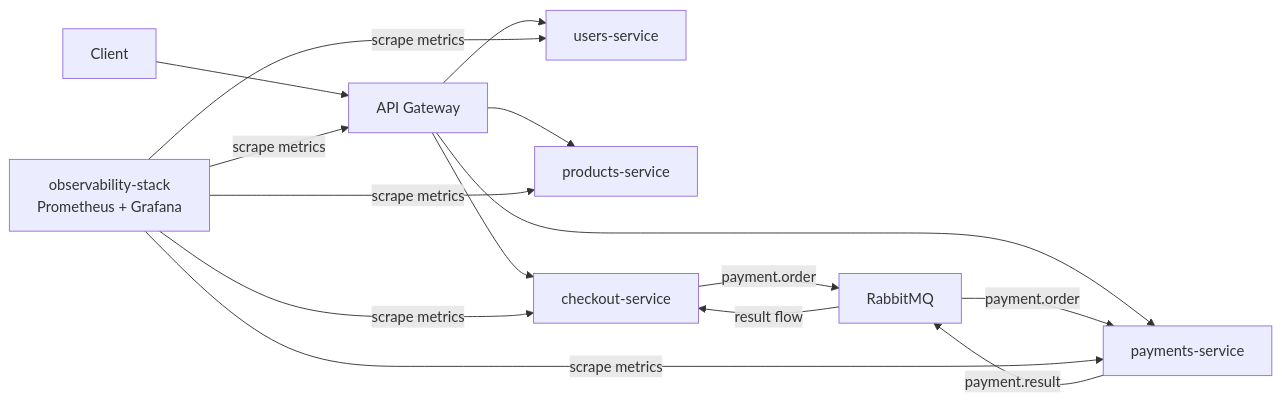
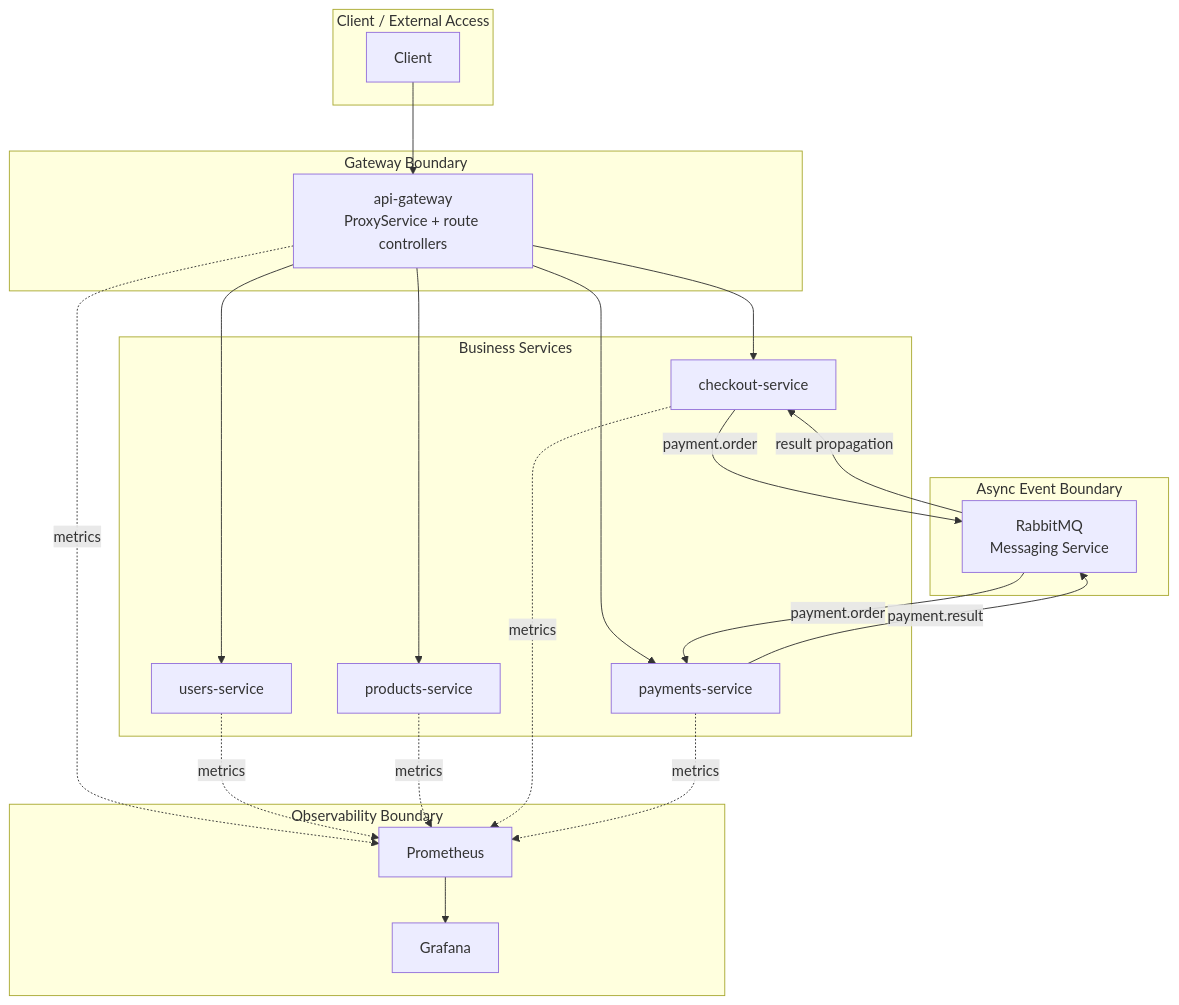
The diagram in README.md (joschonarth/marketplace-microservices), drawn with Mermaid before and after one commit. The commit also changed other lines of this file, not shown here.

Commit message:
docs: enhance architecture section with layered deployment model and updated flowchart

````diff
--- a/README.md
+++ b/README.md
@@ -33,19 +35,45 @@
 ```mermaid
-flowchart LR
-    Client[Client] --> Gateway[API Gateway]
-    Gateway --> Users[users-service]
-    Gateway --> Products[products-service]
-    Gateway --> Checkout[checkout-service]
-    Gateway --> Payments[payments-service]
+flowchart TB
+    subgraph ClientBoundary[Client / External Access]
+        Client[Client]
+    end
 
-    Checkout -->|payment.order| RabbitMQ[RabbitMQ]
-    RabbitMQ -->|payment.order| Payments
-    Payments -->|payment.result| RabbitMQ
-    RabbitMQ -->|result flow| Checkout
+    subgraph GatewayBoundary[Gateway Boundary]
+        Gateway[api-gateway\nProxyService + route controllers]
+    end
 
-    Observability[observability-stack\nPrometheus + Grafana] -->|scrape metrics| Gateway
-    Observability -->|scrape metrics| Users
-    Observability -->|scrape metrics| Products
-    Observability -->|scrape metrics| Checkout
-    Observability -->|scrape metrics| Payments
+    subgraph DomainServices[Business Services]
+        Users[users-service]
+        Products[products-service]
+        Checkout[checkout-service]
+        Payments[payments-service]
+    end
+
+    subgraph IntegrationBoundary[Async Event Boundary]
+        Broker[RabbitMQ\nMessaging Service]
+    end
+
+    subgraph ObservabilityBoundary[Observability Boundary]
+        Prometheus[Prometheus]
+        Grafana[Grafana]
+    end
+
+    Client --> Gateway
+    Gateway --> Users
+    Gateway --> Products
+    Gateway --> Checkout
+    Gateway --> Payments
+
+    Checkout -->|payment.order| Broker
+    Broker -->|payment.order| Payments
+    Payments -->|payment.result| Broker
+    Broker -->|result propagation| Checkout
+
+    Gateway -. metrics .-> Prometheus
+    Users -. metrics .-> Prometheus
+    Products -. metrics .-> Prometheus
+    Checkout -. metrics .-> Prometheus
+    Payments -. metrics .-> Prometheus
+
+    Prometheus --> Grafana
 ```
````
